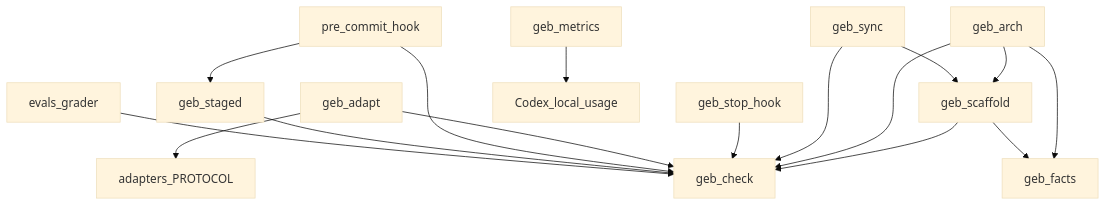
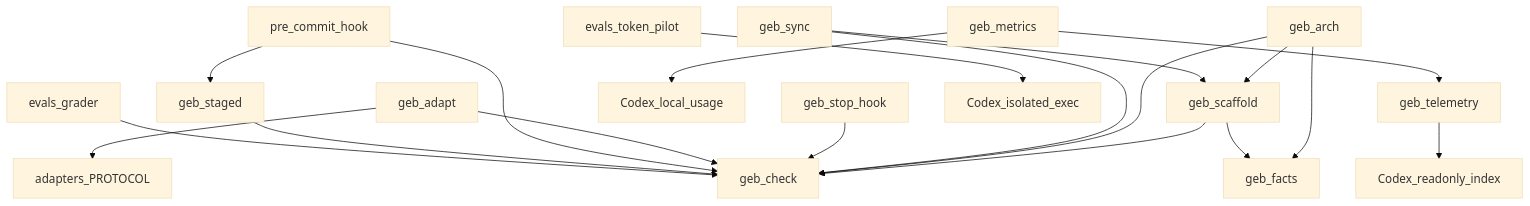
The diagram in PROJECT_INDEX.md (AaronXinzhian/fugue-docs), drawn with Mermaid (base theme) before and after one commit. The commit also changed 16 other files, not shown here.

````diff
--- a/PROJECT_INDEX.md
+++ b/PROJECT_INDEX.md
@@ -24,18 +24,21 @@
 ```mermaid
 graph TD
     geb_scaffold --> geb_check
     geb_arch --> geb_check
     geb_arch --> geb_scaffold
     geb_arch --> geb_facts
     geb_scaffold --> geb_facts
     geb_sync --> geb_check
     geb_sync --> geb_scaffold
     geb_stop_hook --> geb_check
     geb_adapt --> geb_check
     geb_adapt --> adapters_PROTOCOL
     pre_commit_hook --> geb_check
     pre_commit_hook --> geb_staged
     geb_staged --> geb_check
     geb_metrics --> Codex_local_usage
+    geb_metrics --> geb_telemetry
+    geb_telemetry --> Codex_readonly_index
+    evals_token_pilot --> Codex_isolated_exec
     evals_grader --> geb_check
 ```
````
